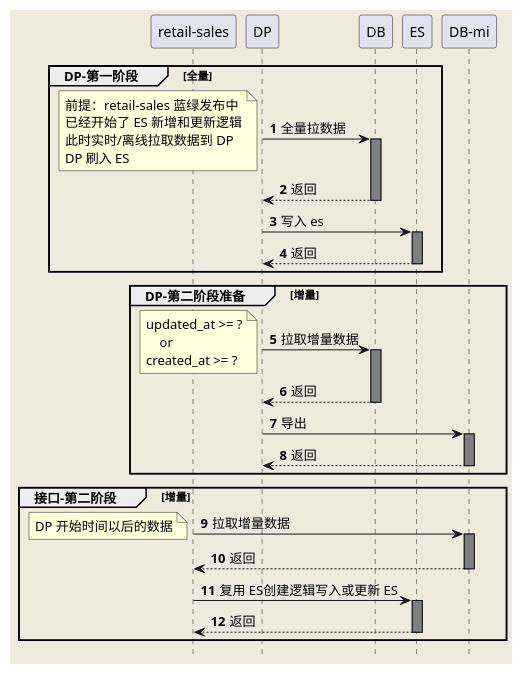
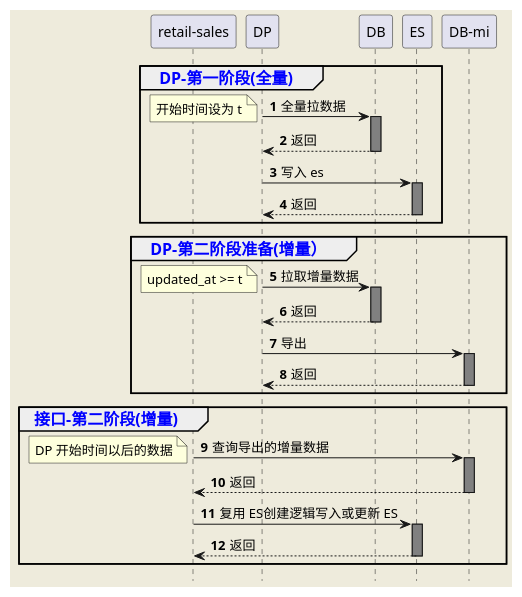
Before and after one commit to xauvlove/todo: the diagram in src/main/resources/plants/导购/业绩明细接入ES/刷数据.puml, drawn with PlantUML. The commit also changed 2 other files, not shown here.

```diff
--- a/src/main/resources/plants/导购/业绩明细接入ES/刷数据.puml
+++ b/src/main/resources/plants/导购/业绩明细接入ES/刷数据.puml
@@ -1,61 +1,56 @@
 @startuml
 'https://plantuml.com/sequence-diagram
 
 skinparam backgroundColor #EEEBDC
 hide footbox
 
 skinparam sequence {
     LifeLineBackgroundColor grey
 }
 
 autonumber
 
 participant "retail-sales" as sales
 participant "DP" as dp
 participant "DB" as db
 participant "ES" as es
 participant "DB-mi" as db_mi
 
-group DP-第一阶段[全量]
+group <font size = 16 color = blue> DP-第一阶段(全量)
     dp -> db : 全量拉数据
     note left
-        前提：retail-sales 蓝绿发布中
-        已经开始了 ES 新增和更新逻辑
-        此时实时/离线拉取数据到 DP
-        DP 刷入 ES
+        开始时间设为 t
     end note
     activate db
     return 返回
     dp -> es : 写入 es
     activate es
     return 返回
 end
 
-group DP-第二阶段准备[增量]
+group <font size = 16 color = blue> DP-第二阶段准备(增量）
     dp -> db : 拉取增量数据
     note left
-        updated_at >= ?
-            or
-        created_at >= ?
+        updated_at >= t
     end note
     activate db
     return 返回
     dp -> db_mi : 导出
     activate db_mi
      return 返回
 end
 
-group 接口-第二阶段[增量]
-    sales -> db_mi : 拉取增量数据
+group <font size = 16 color = blue>接口-第二阶段(增量)
+    sales -> db_mi : 查询导出的增量数据
     note left
         DP 开始时间以后的数据
     end note
     activate db_mi
     return 返回
 
     sales -> es : 复用 ES创建逻辑写入或更新 ES
     activate es
     return 返回
 end
 
 @enduml
```
